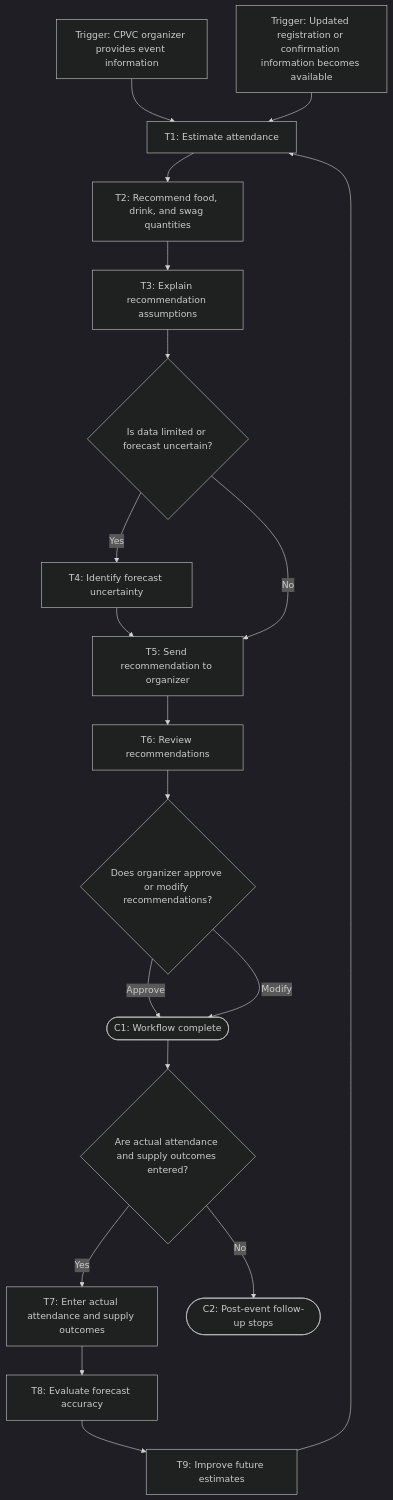
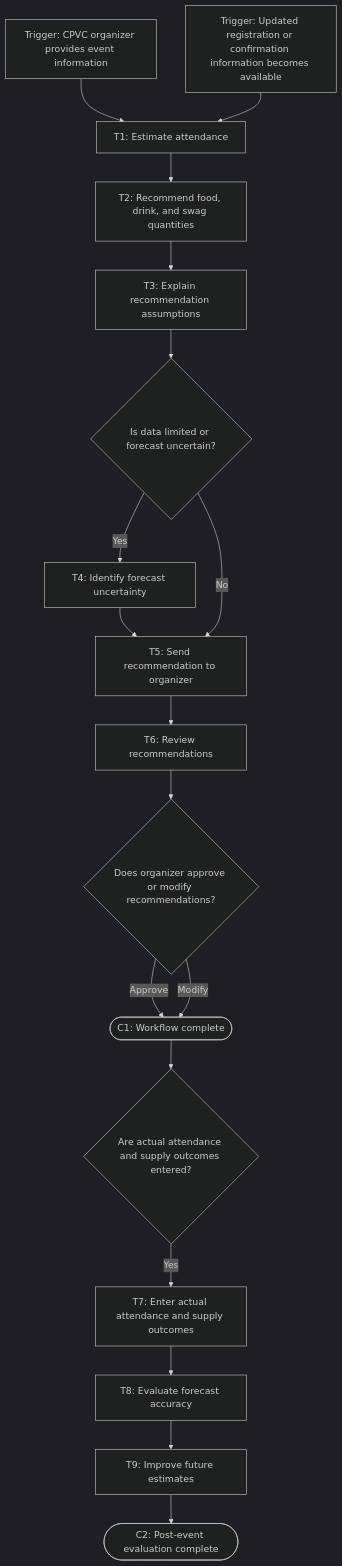
One commit to KeanuWidjaja/BUS4498_InClass_Builds changed the diagram in my_first_agent/agent/workflow-of-tasks.md. Above: the diagram before and after it, drawn with Mermaid (dark theme).

Commit message:
Update workflow-of-tasks.md mermaid

````diff
--- a/my_first_agent/agent/workflow-of-tasks.md
+++ b/my_first_agent/agent/workflow-of-tasks.md
@@ -27,21 +27,20 @@
 ```mermaid
 flowchart TD
     S1["Trigger: CPVC organizer provides event information"] --> T1["T1: Estimate attendance"]
     S2["Trigger: Updated registration or confirmation information becomes available"] --> T1
     T1 --> T2["T2: Recommend food, drink, and swag quantities"]
     T2 --> T3["T3: Explain recommendation assumptions"]
     T3 --> D1{"Is data limited or forecast uncertain?"}
     D1 -->|Yes| T4["T4: Identify forecast uncertainty"]
     T4 --> T5["T5: Send recommendation to organizer"]
     D1 -->|No| T5
     T5 --> T6["T6: Review recommendations"]
     T6 --> D2{"Does organizer approve or modify recommendations?"}
     D2 -->|Approve| C1(["C1: Workflow complete"])
     D2 -->|Modify| C1
     C1 --> D3{"Are actual attendance and supply outcomes entered?"}
     D3 -->|Yes| T7["T7: Enter actual attendance and supply outcomes"]
     T7 --> T8["T8: Evaluate forecast accuracy"]
     T8 --> T9["T9: Improve future estimates"]
-    T9 --> T1
-    D3 -->|No| C2(["C2: Post-event follow-up stops"])
+    T9 --> C2(["C2: Post-event evaluation complete"])
 ```
````
